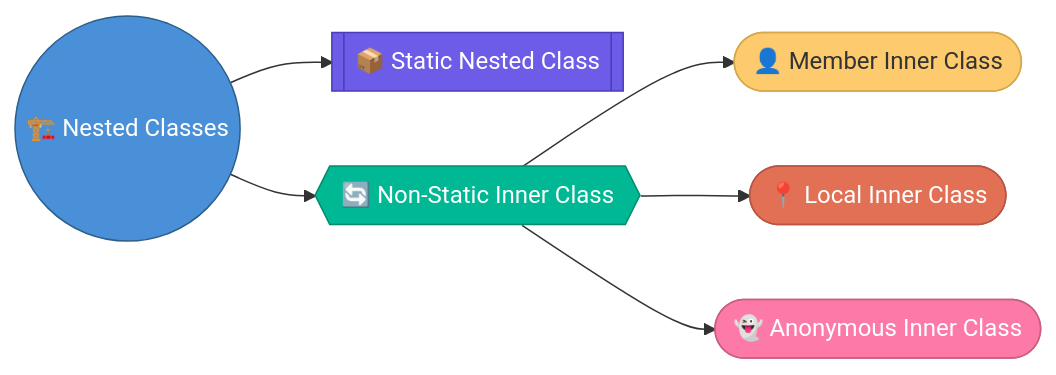
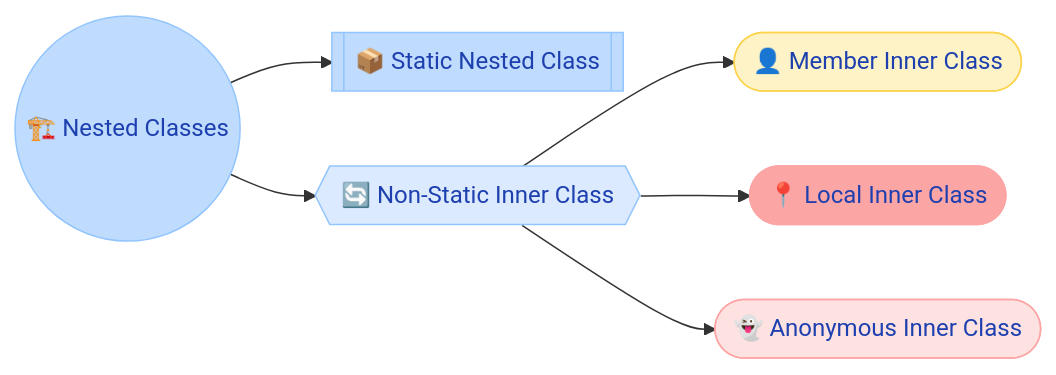
The diagram in docs/java/InnerClasses.md (saivamsikaruturi/vamsilabs-dev-notes-main), drawn with Mermaid before and after one commit. The commit also changed 220 other files, not shown here.

First line of the commit message:
Add 50+ new Java/Spring Boot pages, rewrite CSS code blocks to Oracle style, fix all diagram colors

````diff
--- a/docs/java/InnerClasses.md
+++ b/docs/java/InnerClasses.md
@@ -9,15 +9,15 @@
 ```mermaid
 flowchart LR
     A(("🏗️ Nested Classes")) --> B[["📦 Static Nested Class"]]
     A --> C{{"🔄 Non-Static Inner Class"}}
     C --> D(["👤 Member Inner Class"])
     C --> E(["📍 Local Inner Class"])
     C --> F(["👻 Anonymous Inner Class"])
 
-    style A fill:#4a90d9,stroke:#2c5f8a,color:#fff
-    style B fill:#6c5ce7,stroke:#4a3db8,color:#fff
-    style C fill:#00b894,stroke:#008c6e,color:#fff
-    style D fill:#fdcb6e,stroke:#d4a84b,color:#333
-    style E fill:#e17055,stroke:#b85643,color:#fff
-    style F fill:#fd79a8,stroke:#c9607e,color:#fff
+    style A fill:#BFDBFE,stroke:#93C5FD,color:#1E40AF
+    style B fill:#BFDBFE,stroke:#93C5FD,color:#1E40AF
+    style C fill:#DBEAFE,stroke:#93C5FD,color:#1E40AF
+    style D fill:#FEF3C7,stroke:#FCD34D,color:#1E40AF
+    style E fill:#FCA5A5,stroke:#FCA5A5,color:#1E40AF
+    style F fill:#FEE2E2,stroke:#FCA5A5,color:#1E40AF
 ```
````
